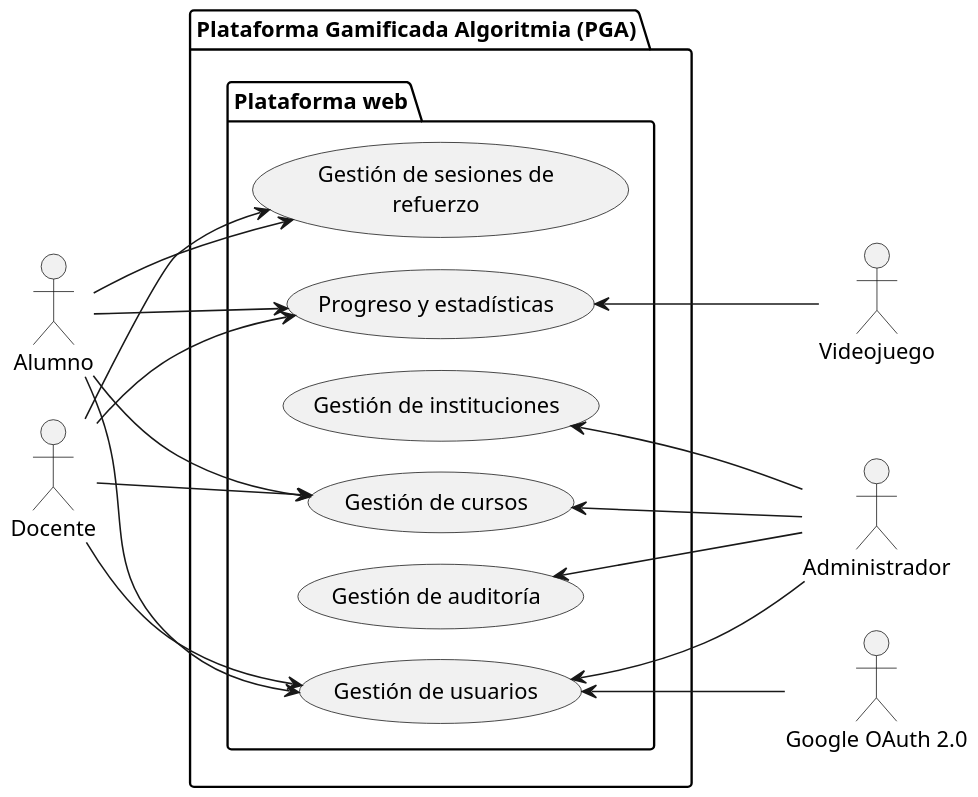
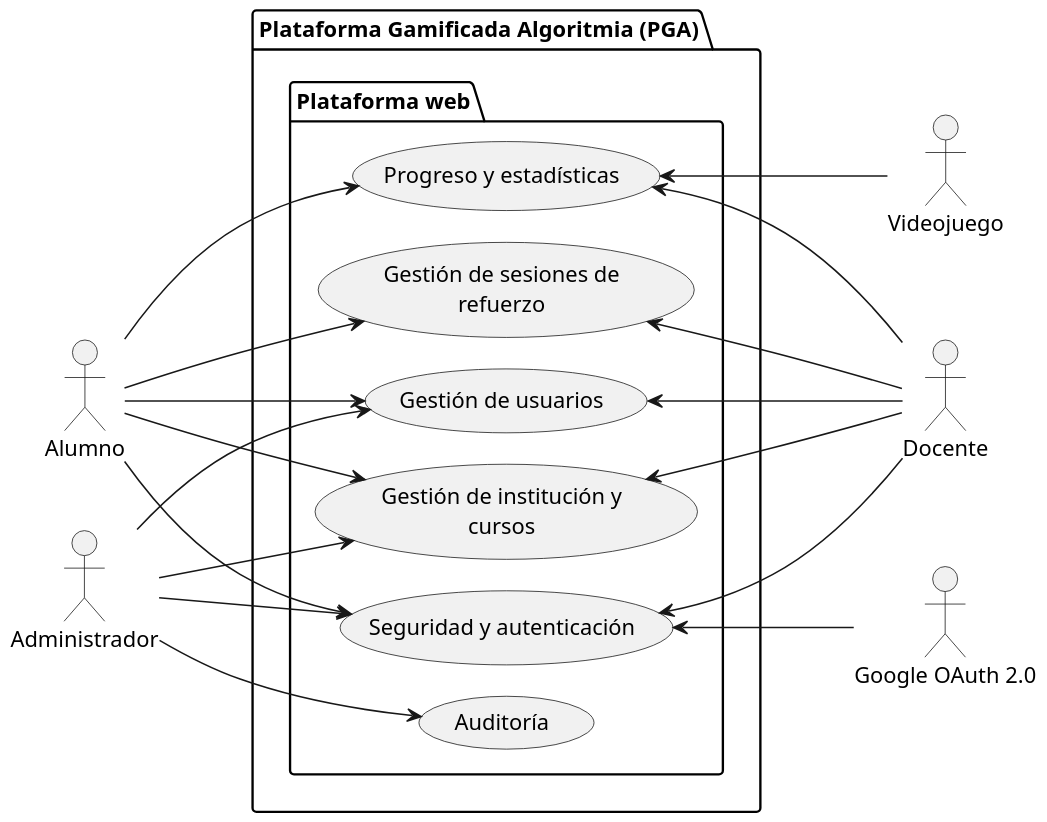
The diagram in docs/requisitos/casos-de-uso/diagrama-casos-de-uso/dcu-alto-nivel.puml (francoalbornoz2002/ASC-ProyectoAlgoritmia-TrabajoFinal), drawn with PlantUML before and after one commit. The commit also changed 9 other files, not shown here.

```diff
--- a/docs/requisitos/casos-de-uso/diagrama-casos-de-uso/dcu-alto-nivel.puml
+++ b/docs/requisitos/casos-de-uso/diagrama-casos-de-uso/dcu-alto-nivel.puml
@@ -1,48 +1,50 @@
 @startuml DCU_AltoNivel
 left to right direction
 
 skinparam dpi 150
 skinparam usecasePadding 25
 skinparam actorPadding 80
 skinparam packagePadding 50
 skinparam wrapWidth 200
 
 skinparam nodesep 20
 skinparam ranksep 100
 
 actor Alumno
 actor Docente
 actor Administrador
 actor "Google OAuth 2.0" as GoogleOAuth2
 actor Videojuego
 
 package "Plataforma Gamificada Algoritmia (PGA)"{
     package "Plataforma web"{
         usecase "Gestión de usuarios" as GestionUsuarios
-        usecase "Gestión de instituciones" as GestionInstituciones
-        usecase "Gestión de cursos" as GestionCursos
+        usecase "Gestión de institución y cursos" as GestionInstitucionCursos
         usecase "Gestión de sesiones de refuerzo" as GestionSesionesRefuerzo
         usecase "Progreso y estadísticas" as ProgresoEstadisticas
-        usecase "Gestión de auditoría" as GestionAuditoria
+        usecase "Auditoría" as GestionAuditoria
+        usecase "Seguridad y autenticación" as SeguridadAutenticacion
     }
 
     Alumno --> GestionUsuarios
-    Alumno --> GestionCursos
+    Alumno --> GestionInstitucionCursos
     Alumno --> ProgresoEstadisticas
     Alumno --> GestionSesionesRefuerzo
+    Alumno --> SeguridadAutenticacion
     
-    Administrador -up-> GestionUsuarios
-    Administrador -up-> GestionInstituciones
-    Administrador -up-> GestionCursos
-    Administrador -up-> GestionAuditoria
+    Administrador --> GestionUsuarios
+    Administrador --> GestionInstitucionCursos
+    Administrador --> GestionAuditoria
+    Administrador --> SeguridadAutenticacion
 
-    Docente --> GestionUsuarios
-    Docente --> GestionCursos
-    Docente --> GestionSesionesRefuerzo
-    Docente --> ProgresoEstadisticas
+    Docente -up-> GestionUsuarios
+    Docente -up-> GestionInstitucionCursos
+    Docente -up-> GestionSesionesRefuerzo
+    Docente -up-> ProgresoEstadisticas
+    Docente -up-> SeguridadAutenticacion
 
-    GoogleOAuth2 -up-> GestionUsuarios
+    GoogleOAuth2 -up-> SeguridadAutenticacion
     Videojuego -up-> ProgresoEstadisticas
 }
 
 @enduml
```
